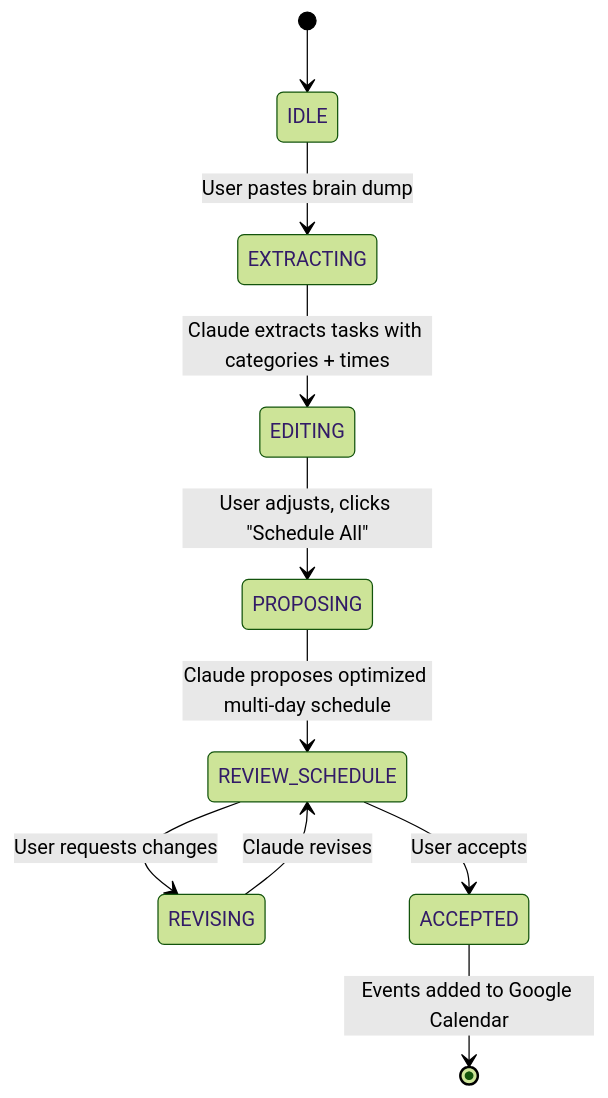
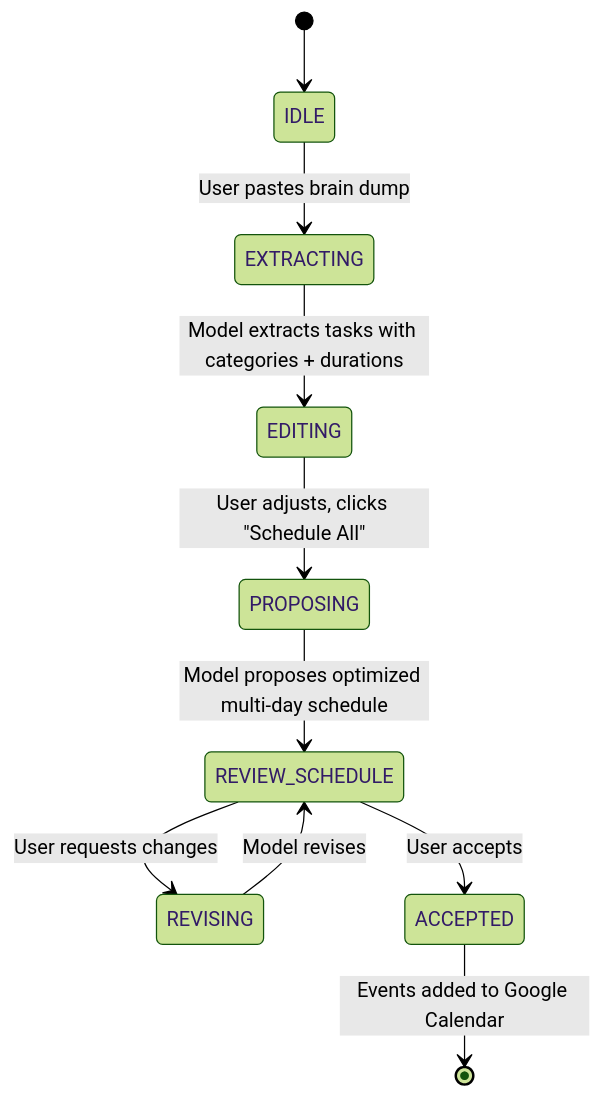
Before and after one commit to anishasubs/portfolio: the second of 2 diagrams in kaisey-src/README.md, drawn with Mermaid (forest theme). The commit also changed other lines of this file and 21 other files, not shown here.

````diff
--- a/kaisey-src/README.md
+++ b/kaisey-src/README.md
@@ -144,12 +112,12 @@
 ```mermaid
 stateDiagram-v2
     [*] --> IDLE
     IDLE --> EXTRACTING: User pastes brain dump
-    EXTRACTING --> EDITING: Claude extracts tasks with categories + times
+    EXTRACTING --> EDITING: Model extracts tasks with categories + durations
     EDITING --> PROPOSING: User adjusts, clicks "Schedule All"
-    PROPOSING --> REVIEW_SCHEDULE: Claude proposes optimized multi-day schedule
+    PROPOSING --> REVIEW_SCHEDULE: Model proposes optimized multi-day schedule
     REVIEW_SCHEDULE --> REVISING: User requests changes
-    REVISING --> REVIEW_SCHEDULE: Claude revises
+    REVISING --> REVIEW_SCHEDULE: Model revises
     REVIEW_SCHEDULE --> ACCEPTED: User accepts
     ACCEPTED --> [*]: Events added to Google Calendar
 ```
````
